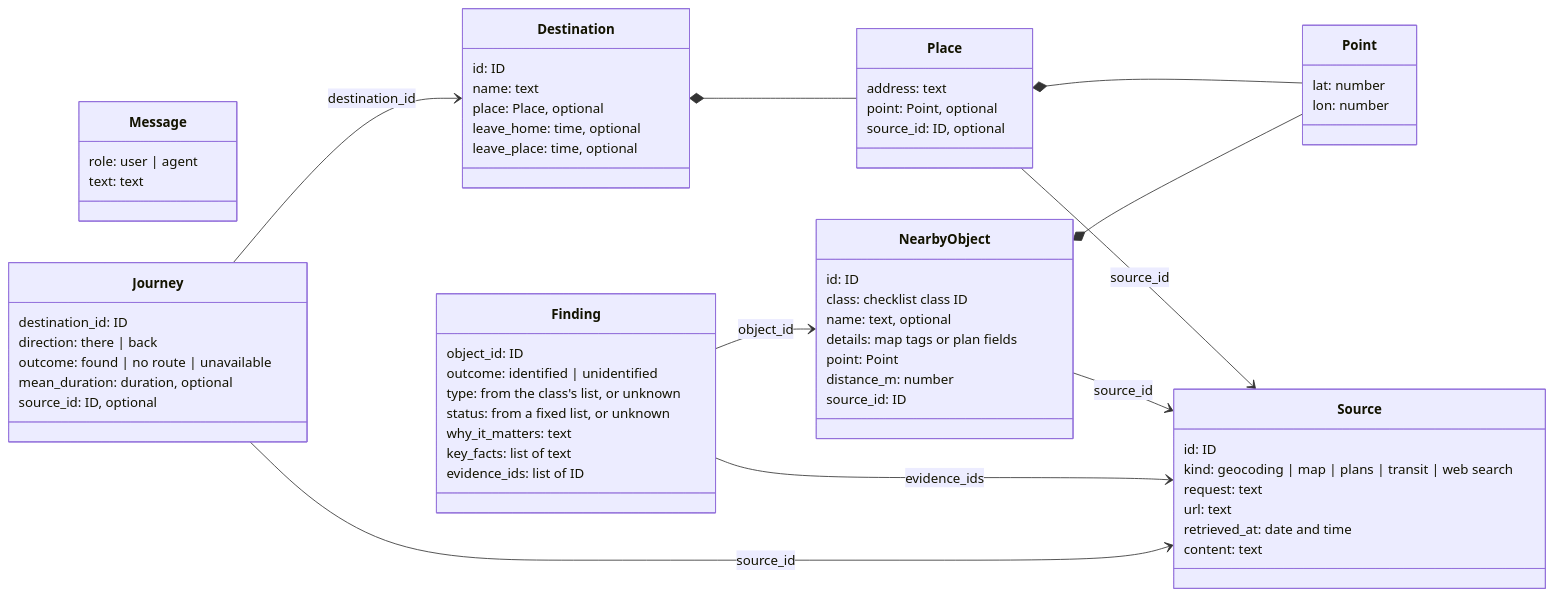
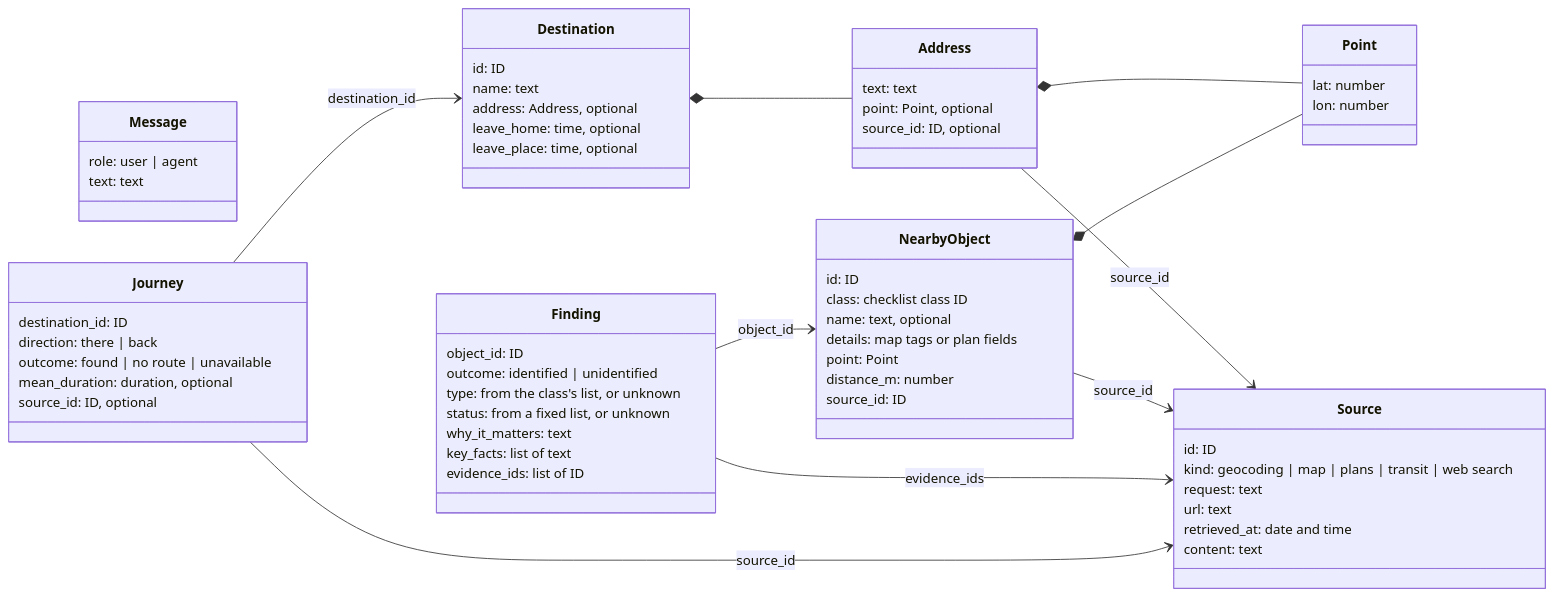
Before and after one commit to avashchenkov/out-of-frame: the second of 2 diagrams in docs/architecture.md, drawn with Mermaid. The commit also changed other lines of this file, not shown here.

Commit message:
docs: rename place to address in the state

````diff
--- a/docs/architecture.md
+++ b/docs/architecture.md
@@ -210,66 +209,66 @@
 ```mermaid
 classDiagram
     direction LR
     class Message {
         role: user | agent
         text: text
     }
-    class Place {
-        address: text
+    class Address {
+        text: text
         point: Point, optional
         source_id: ID, optional
     }
     class Point {
         lat: number
         lon: number
     }
     class Destination {
         id: ID
         name: text
-        place: Place, optional
+        address: Address, optional
         leave_home: time, optional
         leave_place: time, optional
     }
     class Source {
         id: ID
         kind: geocoding | map | plans | transit | web search
         request: text
         url: text
         retrieved_at: date and time
         content: text
     }
     class NearbyObject {
         id: ID
         class: checklist class ID
         name: text, optional
         details: map tags or plan fields
         point: Point
         distance_m: number
         source_id: ID
     }
     class Finding {
         object_id: ID
         outcome: identified | unidentified
         type: from the class's list, or unknown
         status: from a fixed list, or unknown
         why_it_matters: text
         key_facts: list of text
         evidence_ids: list of ID
     }
     class Journey {
         destination_id: ID
         direction: there | back
         outcome: found | no route | unavailable
         mean_duration: duration, optional
         source_id: ID, optional
     }
-    Destination *-- Place
-    Place *-- Point
-    Place --> Source : source_id
+    Destination *-- Address
+    Address *-- Point
+    Address --> Source : source_id
     NearbyObject *-- Point
     NearbyObject --> Source : source_id
     Finding --> NearbyObject : object_id
     Finding --> Source : evidence_ids
     Journey --> Destination : destination_id
     Journey --> Source : source_id
 ```
````
